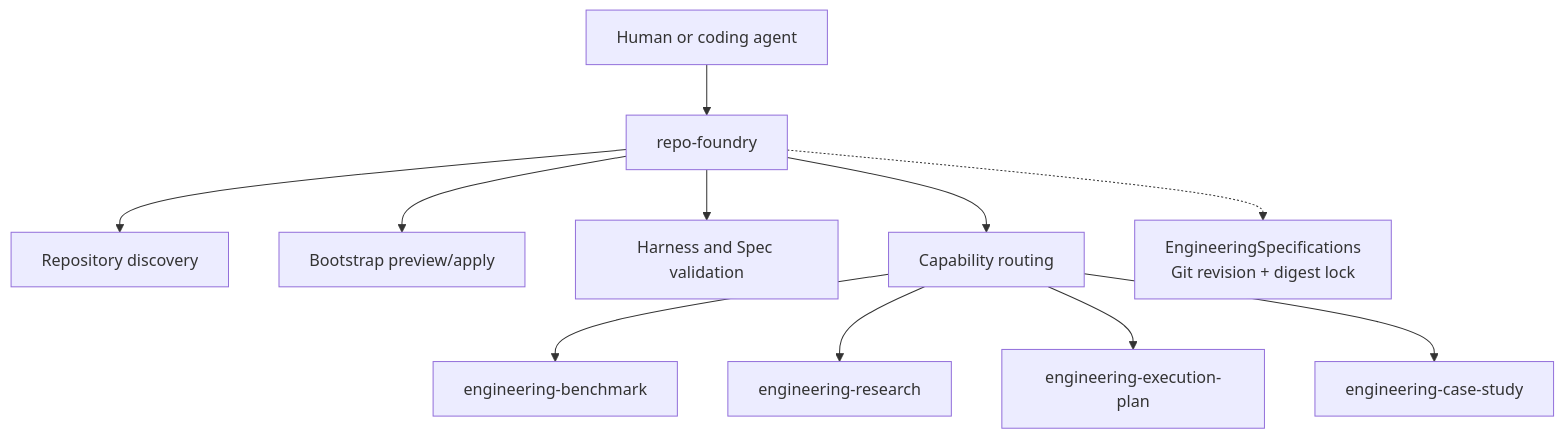
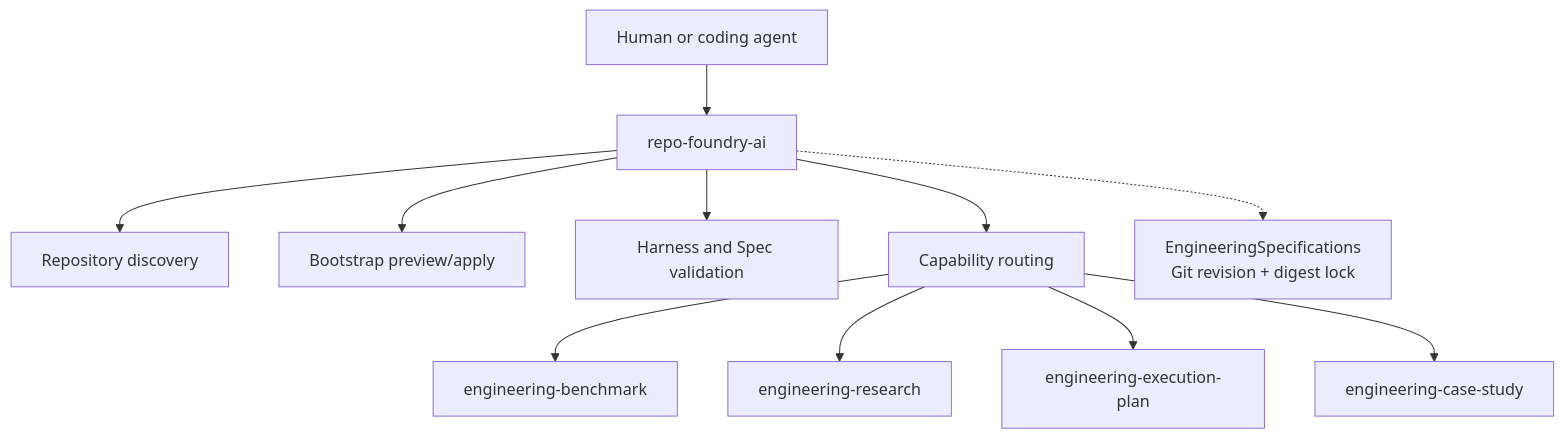
One commit to XiaoWeiKIN/RepoFoundryAI changed the second of 2 diagrams in docs/design-docs/repo-foundry-system.md. Above: the diagram before and after it, drawn with Mermaid. The commit also changed other lines of this file and 18 other files, not shown here.

Commit message:
feat: align RepoFoundry AI skill name

````diff
--- a/docs/design-docs/repo-foundry-system.md
+++ b/docs/design-docs/repo-foundry-system.md
@@ -72,13 +73,13 @@
 ```mermaid
 flowchart TB
-    U["Human or coding agent"] --> F["repo-foundry"]
+    U["Human or coding agent"] --> F["repo-foundry-ai"]
     F --> D["Repository discovery"]
     F --> P["Bootstrap preview/apply"]
     F --> V["Harness and Spec validation"]
     F --> X["Capability routing"]
     X --> B["engineering-benchmark"]
     X --> R["engineering-research"]
     X --> E["engineering-execution-plan"]
     X --> C["engineering-case-study"]
     F -.-> G["EngineeringSpecifications<br/>Git revision + digest lock"]
 ```
````
